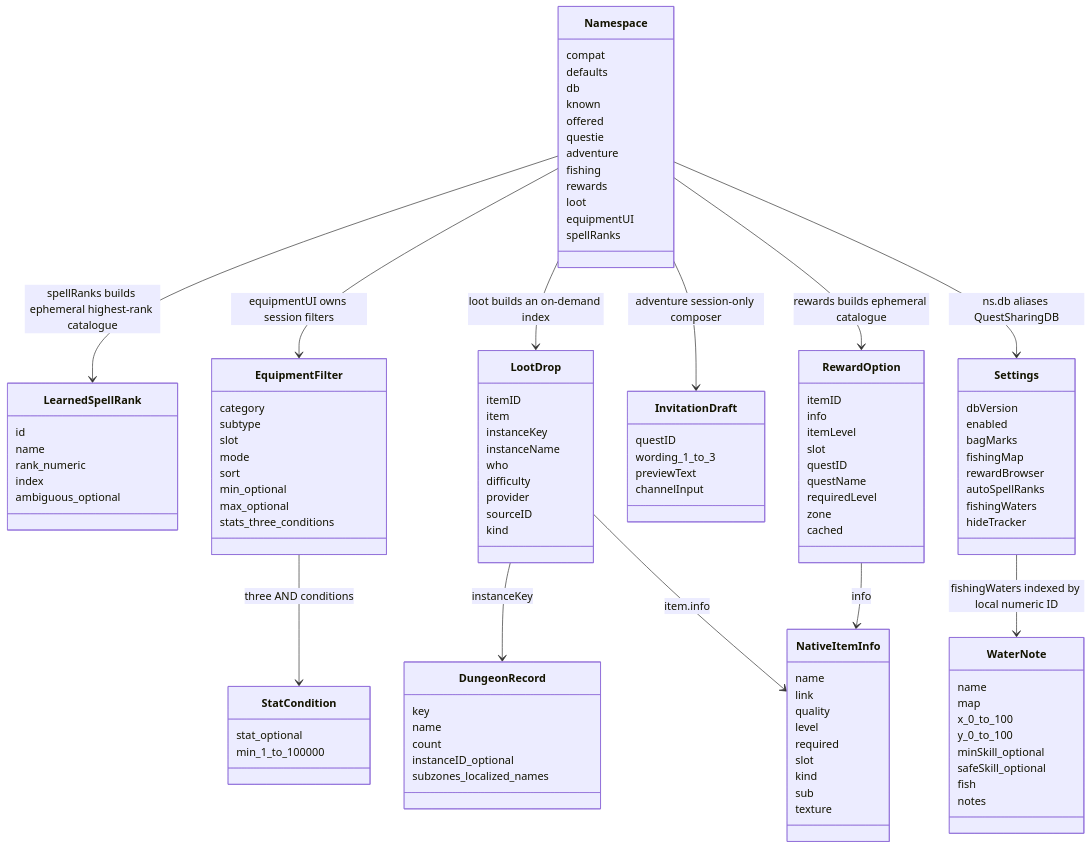
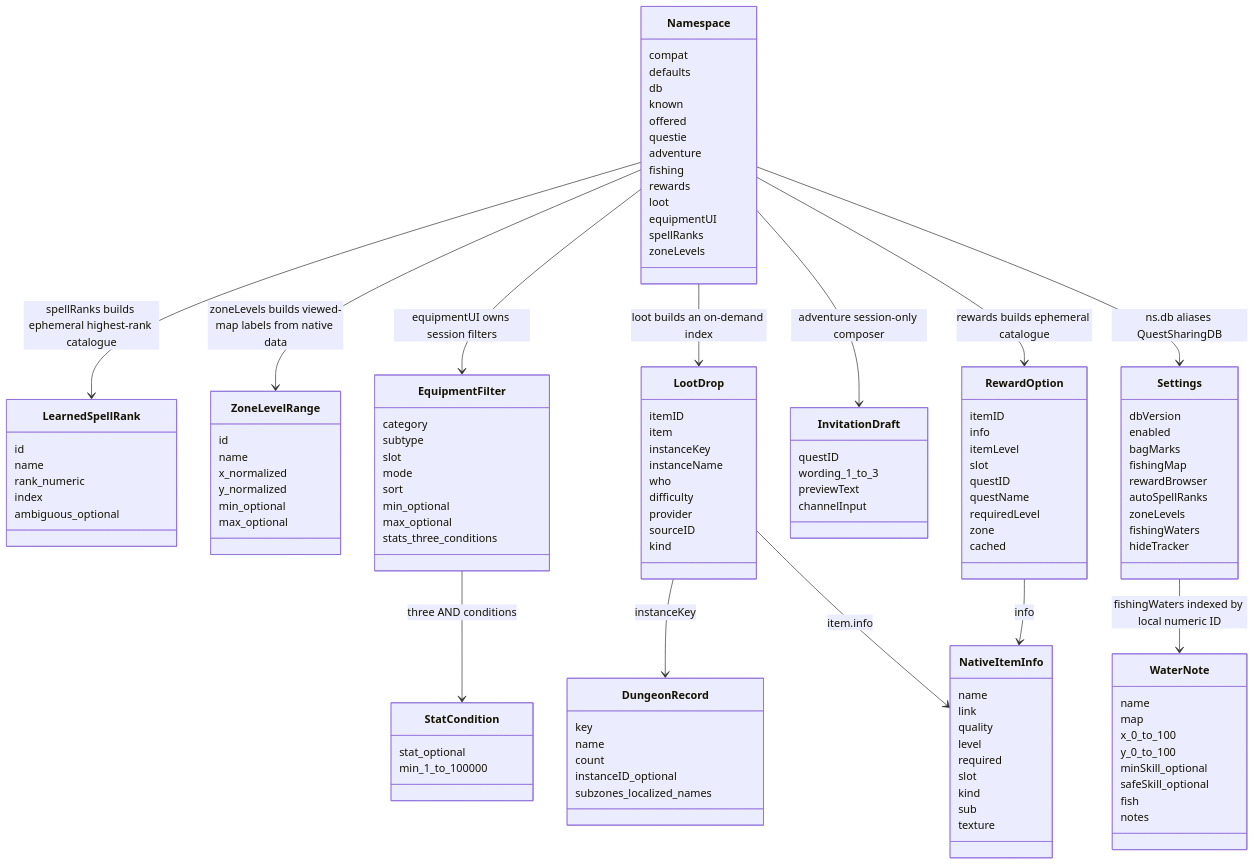
One commit to YodaGitMaster/QuestSharing changed the tenth of 10 diagrams in context/architecture.md. Above: the diagram before and after it, drawn with Mermaid. The commit also changed other lines of this file and 11 other files, not shown here.

Commit message:
Show world-map zone questing level ranges

```diff
--- a/context/architecture.md
+++ b/context/architecture.md
@@ -276,6 +298,7 @@
         loot
         equipmentUI
         spellRanks
+        zoneLevels
     }
     class Settings {
         dbVersion
@@ -284,6 +307,7 @@
         fishingMap
         rewardBrowser
         autoSpellRanks
+        zoneLevels
         fishingWaters
         hideTracker
     }
@@ -369,6 +393,15 @@
         ambiguous_optional
     }
     Namespace --> LearnedSpellRank : spellRanks builds ephemeral highest-rank catalogue
+    class ZoneLevelRange {
+        id
+        name
+        x_normalized
+        y_normalized
+        min_optional
+        max_optional
+    }
+    Namespace --> ZoneLevelRange : zoneLevels builds viewed-map labels from native data
     Namespace --> EquipmentFilter : equipmentUI owns session filters
     Namespace --> LootDrop : loot builds an on-demand index
     Namespace --> InvitationDraft : adventure session-only composer
```
